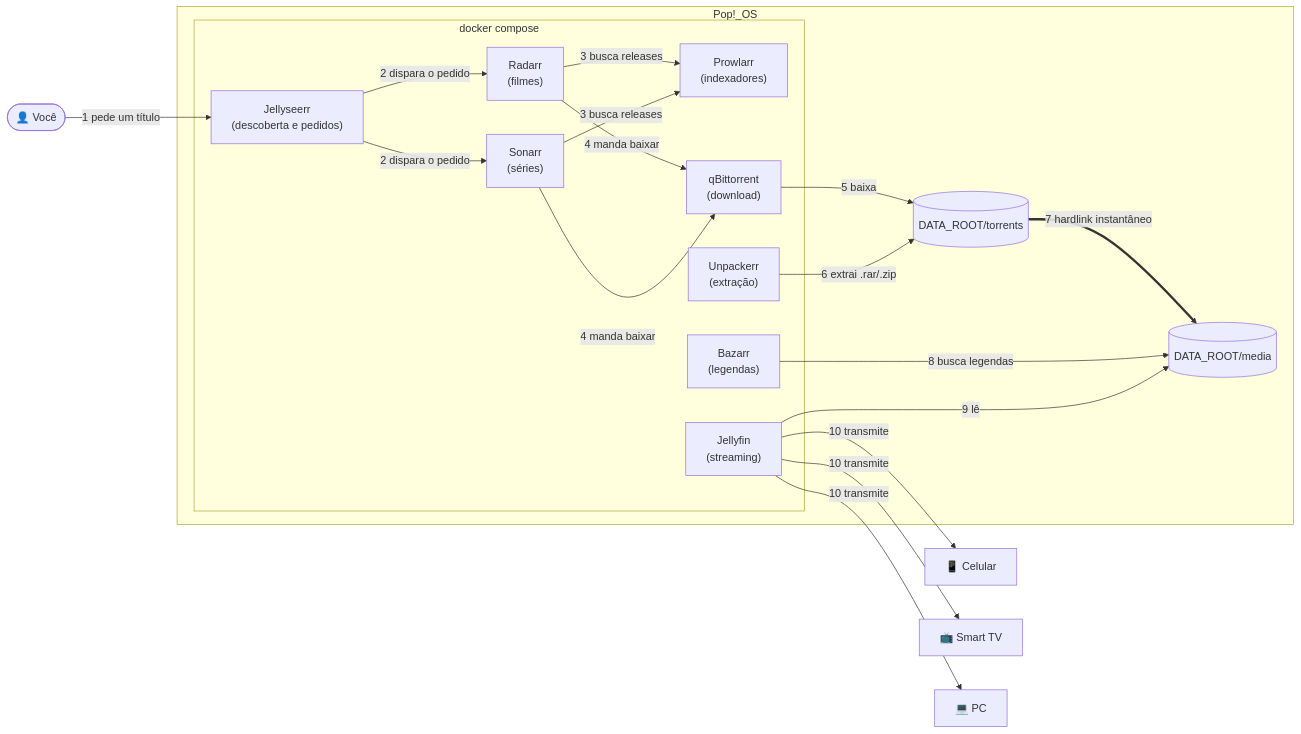
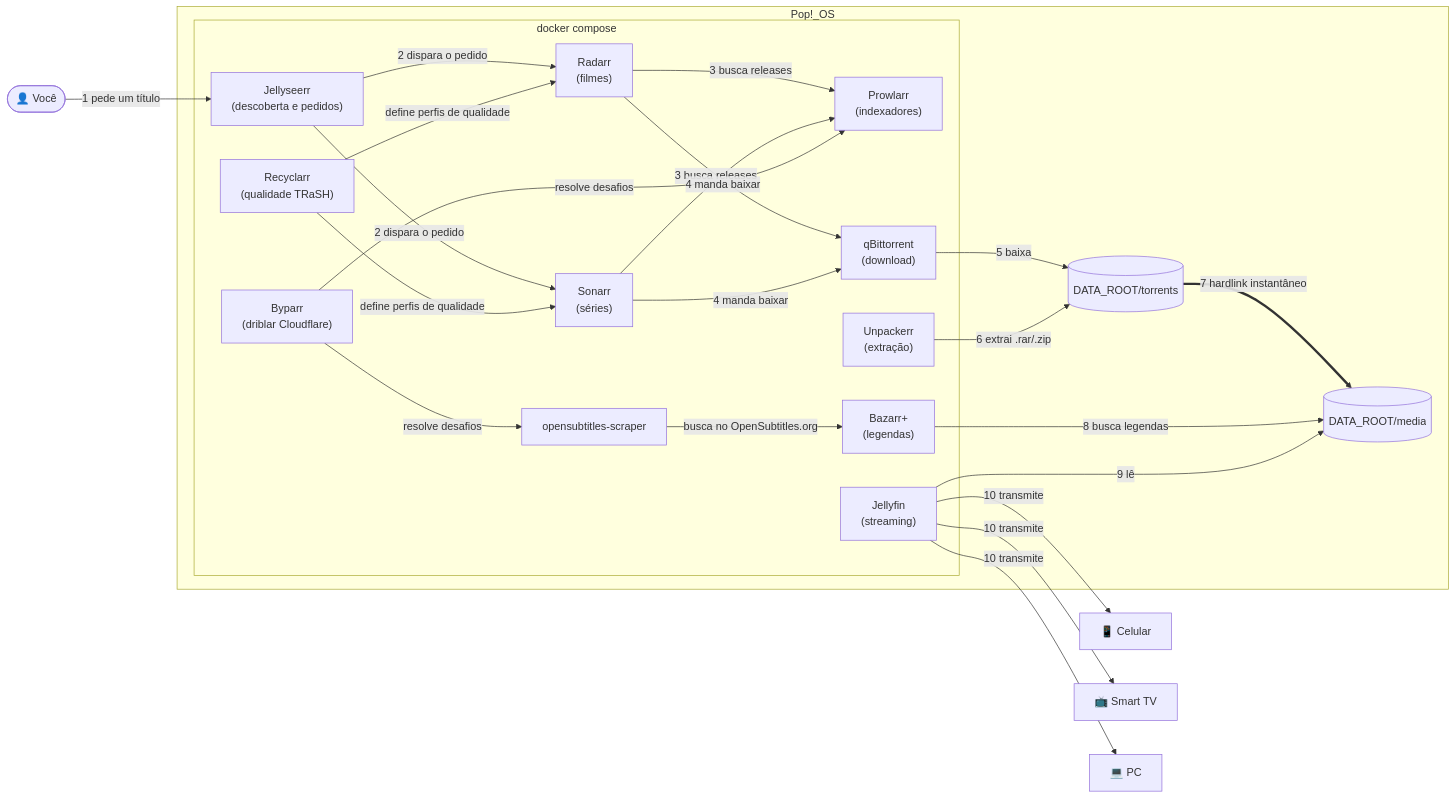
Before and after one commit to Canela-san/Media-vault: the diagram in README.md, drawn with Mermaid. The commit also changed other lines of this file and 2 other files, not shown here.

````diff
--- a/README.md
+++ b/README.md
@@ -44,35 +47,43 @@
 ```mermaid
 flowchart LR
     User(["👤 Você"])
 
     subgraph Host["Pop!_OS"]
         subgraph Docker["docker compose"]
             Jellyseerr["Jellyseerr\n(descoberta e pedidos)"]
             Prowlarr["Prowlarr\n(indexadores)"]
+            Byparr["Byparr\n(driblar Cloudflare)"]
             Radarr["Radarr\n(filmes)"]
             Sonarr["Sonarr\n(séries)"]
+            Recyclarr["Recyclarr\n(qualidade TRaSH)"]
             qBit["qBittorrent\n(download)"]
             Unpackerr["Unpackerr\n(extração)"]
-            Bazarr["Bazarr\n(legendas)"]
+            Bazarr["Bazarr+\n(legendas)"]
+            Scraper["opensubtitles-scraper"]
             Jellyfin["Jellyfin\n(streaming)"]
         end
         Torrents[("DATA_ROOT/torrents")]
         Media[("DATA_ROOT/media")]
     end
 
     User -- "1 pede um título" --> Jellyseerr
     Jellyseerr -- "2 dispara o pedido" --> Radarr
     Jellyseerr -- "2 dispara o pedido" --> Sonarr
+    Recyclarr -- "define perfis de qualidade" --> Radarr
+    Recyclarr -- "define perfis de qualidade" --> Sonarr
     Radarr -- "3 busca releases" --> Prowlarr
     Sonarr -- "3 busca releases" --> Prowlarr
+    Byparr -- "resolve desafios" --> Prowlarr
     Radarr -- "4 manda baixar" --> qBit
     Sonarr -- "4 manda baixar" --> qBit
     qBit -- "5 baixa" --> Torrents
     Unpackerr -- "6 extrai .rar/.zip" --> Torrents
     Torrents == "7 hardlink instantâneo" ==> Media
+    Byparr -- "resolve desafios" --> Scraper
+    Scraper -- "busca no OpenSubtitles.org" --> Bazarr
     Bazarr -- "8 busca legendas" --> Media
     Jellyfin -- "9 lê" --> Media
     Jellyfin -- "10 transmite" --> Celular["📱 Celular"]
     Jellyfin -- "10 transmite" --> TV["📺 Smart TV"]
     Jellyfin -- "10 transmite" --> PC["💻 PC"]
 ```
````
